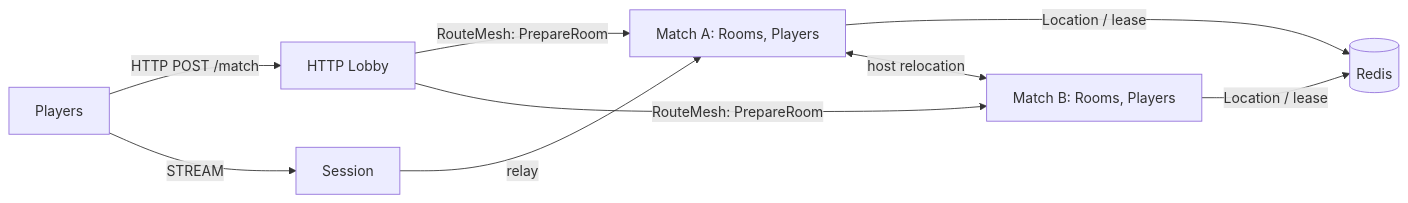
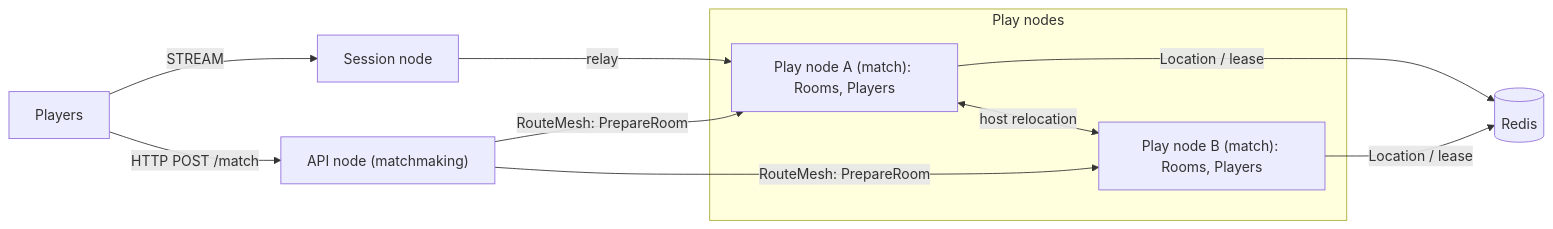
Before and after one commit to zlink-systems/zlink: the diagram in framework/languages/cpp/templates/fps-http-lobby/my-game/README.md, drawn with Mermaid. The commit also changed other lines of this file and 223 other files, not shown here.

First line of the commit message:
docs(templates): 모든 템플릿의 노드 이름을 Session node · Play node · API node로 (#5350)

````diff
--- a/framework/languages/cpp/templates/fps-http-lobby/my-game/README.md
+++ b/framework/languages/cpp/templates/fps-http-lobby/my-game/README.md
@@ -5,11 +5,15 @@
 ```mermaid
 flowchart LR
-    players[Players] -->|HTTP POST /match| lobby[HTTP Lobby]
-    players -->|STREAM| session[Session]
-    lobby -->|RouteMesh: PrepareRoom| matchA[Match A: Rooms, Players]
-    lobby -->|RouteMesh: PrepareRoom| matchB[Match B: Rooms, Players]
+    subgraph playNodes["Play nodes"]
+      matchA["Play node A (match): Rooms, Players"]
+      matchB["Play node B (match): Rooms, Players"]
+    end
+    players[Players] -->|STREAM| session["Session node"]
+    lobby -->|RouteMesh: PrepareRoom| matchA
+    lobby -->|RouteMesh: PrepareRoom| matchB
     session -->|relay| matchA
     matchA -->|Location / lease| location[(Redis)]
     matchB -->|Location / lease| location
     matchA <-->|host relocation| matchB
+    players -->|HTTP POST /match| lobby["API node (matchmaking)"]
 ```
````
